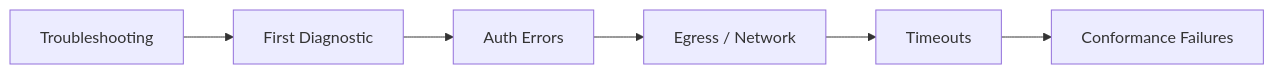
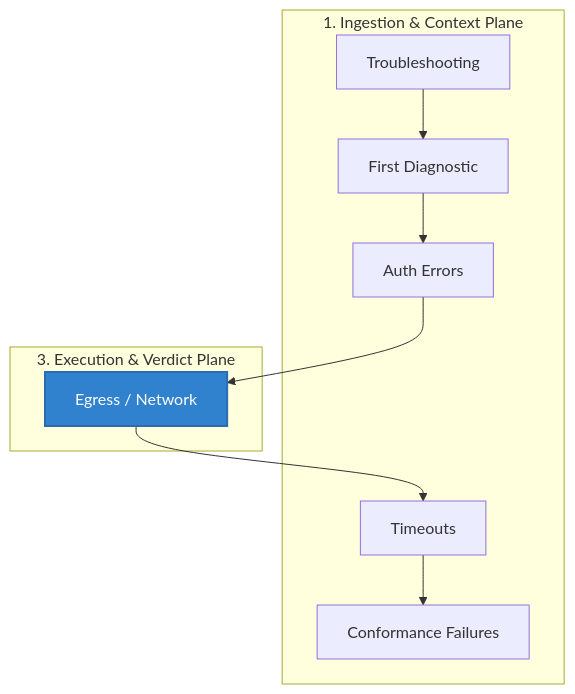
One commit to Mindburn-Labs/helm-ai-kernel changed the diagram in docs/TROUBLESHOOTING.md. Above: the diagram before and after it, drawn with Mermaid. The commit also changed other lines of this file and 330 other files, not shown here.

````diff
--- a/docs/TROUBLESHOOTING.md
+++ b/docs/TROUBLESHOOTING.md
@@ -37,14 +37,24 @@
 ```mermaid
-flowchart LR
-  Page["Troubleshooting"]
-  A["First Diagnostic"]
-  B["Auth Errors"]
-  C["Egress / Network"]
-  D["Timeouts"]
-  E["Conformance Failures"]
-  Page --> A
-  A --> B
-  B --> C
-  C --> D
-  D --> E
+flowchart TD
+    subgraph Ingestion["1. Ingestion & Context Plane"]
+        Page["Troubleshooting"]
+        A["First Diagnostic"]
+        B["Auth Errors"]
+        D["Timeouts"]
+        E["Conformance Failures"]
+    end
+
+    subgraph Execution["3. Execution & Verdict Plane"]
+        C["Egress / Network"]
+    end
+
+    %% Operational Flow Edges
+    Page --> A
+    A --> B
+    B --> C
+    C --> D
+    D --> E
+
+    %% Premium Styling Rules
+    style C fill:#3182ce,stroke:#2b6cb0,stroke-width:2px,color:#fff
 ```
````
